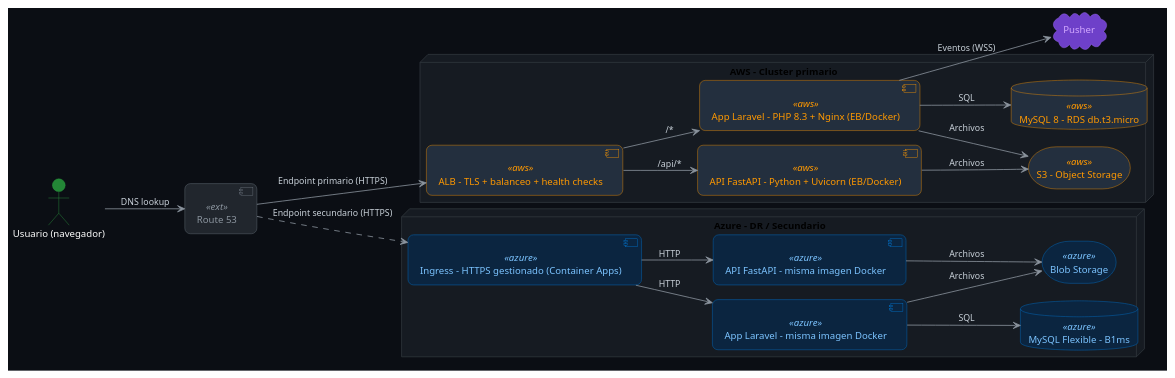
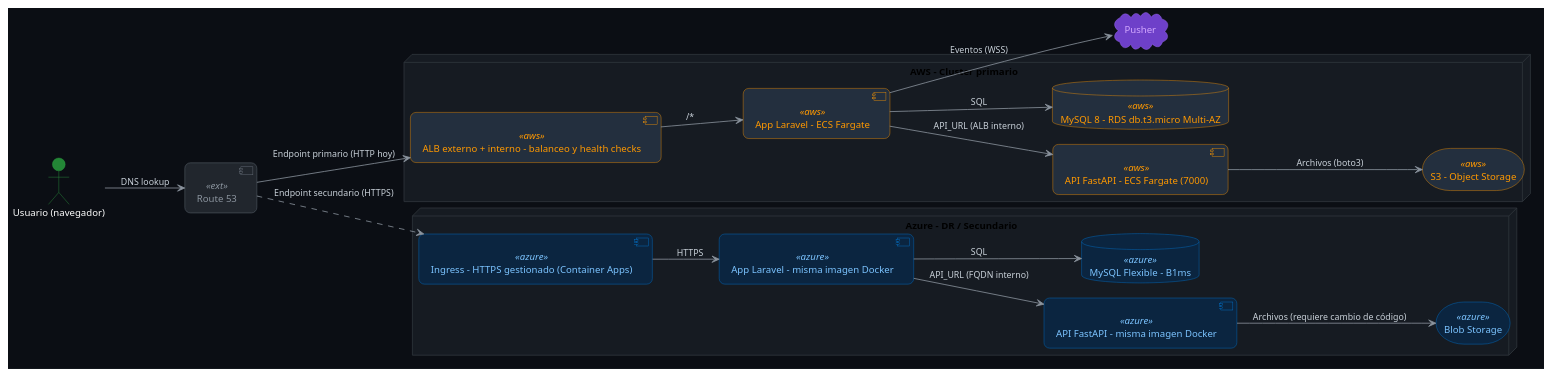
Before and after one commit to Aisaac123/KeyNography-: the third of 11 diagrams in docs/despliegue-multicloud.md, drawn with PlantUML. The commit also changed other lines of this file and 4 other files, not shown here.

````diff
--- a/docs/despliegue-multicloud.md
+++ b/docs/despliegue-multicloud.md
@@ -299,10 +302,10 @@
 actor "Usuario (navegador)" as user
 
 node "AWS - Cluster primario" {
-  component "ALB - TLS + balanceo + health checks" as alb <<aws>>
-  component "App Laravel - PHP 8.3 + Nginx (EB/Docker)" as eb_app <<aws>>
-  component "API FastAPI - Python + Uvicorn (EB/Docker)" as eb_api <<aws>>
-  database "MySQL 8 - RDS db.t3.micro" as rds <<aws>>
+  component "ALB externo + interno - balanceo y health checks" as alb <<aws>>
+  component "App Laravel - ECS Fargate" as eb_app <<aws>>
+  component "API FastAPI - ECS Fargate (7000)" as eb_api <<aws>>
+  database "MySQL 8 - RDS db.t3.micro Multi-AZ" as rds <<aws>>
   storage "S3 - Object Storage" as s3 <<aws>>
 }
 
@@ -318,18 +321,16 @@
 component "Route 53" as r53 <<ext>>
 
 user --> r53 : DNS lookup
-r53 --> alb : Endpoint primario (HTTPS)
+r53 --> alb : Endpoint primario (HTTP hoy)
 r53 ..> ca_ingress : Endpoint secundario (HTTPS)
 alb --> eb_app : /*
-alb --> eb_api : /api/*
+eb_app --> eb_api : API_URL (ALB interno)
 eb_app --> rds : SQL
-eb_app --> s3 : Archivos
-eb_api --> s3 : Archivos
+eb_api --> s3 : Archivos (boto3)
 eb_app --> pusher : Eventos (WSS)
-ca_ingress --> ca_app : HTTP
-ca_ingress --> ca_api : HTTP
+ca_ingress --> ca_app : HTTPS
+ca_app --> ca_api : API_URL (FQDN interno)
 ca_app --> azdb : SQL
-ca_app --> blob : Archivos
-ca_api --> blob : Archivos
+ca_api --> blob : Archivos (requiere cambio de código)
 @enduml
 ```
````
